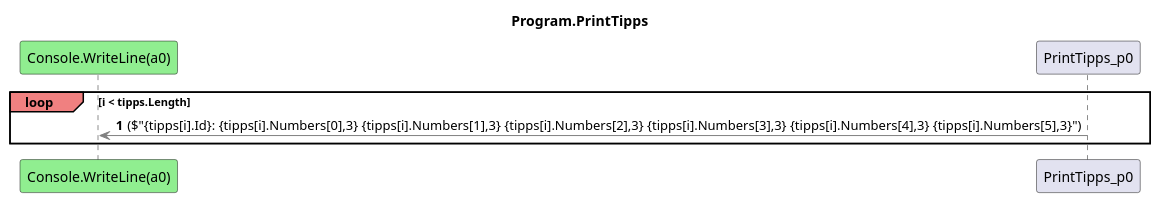
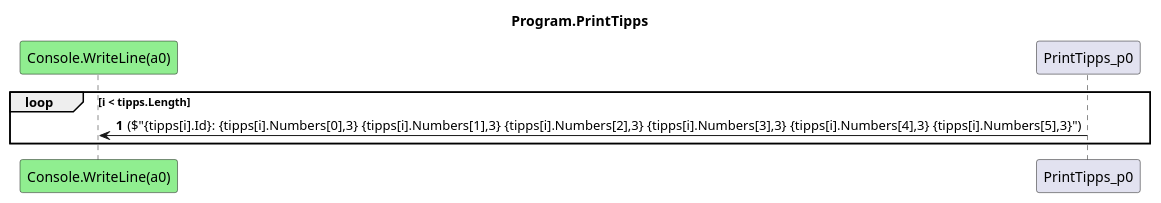
Before and after one commit to leoggehrer/2324-34_ABIF_ACIF_POSE: the diagram in LotteryChecker.ConApp/diagrams/sq_Program_PrintTipps.puml, drawn with PlantUML. The commit also changed 9 other files, not shown here.

```diff
--- a/LotteryChecker.ConApp/diagrams/sq_Program_PrintTipps.puml
+++ b/LotteryChecker.ConApp/diagrams/sq_Program_PrintTipps.puml
@@ -1,8 +1,8 @@
 @startuml Program.PrintTipps
 title Program.PrintTipps
 participant "Console.WriteLine(a0)" as Console_WriteLine_a0 #LightGreen
 autonumber
-loop#LightCoral i < tipps.Length
-    PrintTipps_p0 -[#grey]> Console_WriteLine_a0 : ($"{tipps[i].Id}: {tipps[i].Numbers[0],3} {tipps[i].Numbers[1],3} {tipps[i].Numbers[2],3} {tipps[i].Numbers[3],3} {tipps[i].Numbers[4],3} {tipps[i].Numbers[5],3}")
+loop i < tipps.Length
+    PrintTipps_p0 -> Console_WriteLine_a0 : ($"{tipps[i].Id}: {tipps[i].Numbers[0],3} {tipps[i].Numbers[1],3} {tipps[i].Numbers[2],3} {tipps[i].Numbers[3],3} {tipps[i].Numbers[4],3} {tipps[i].Numbers[5],3}")
 end
 @enduml
```
